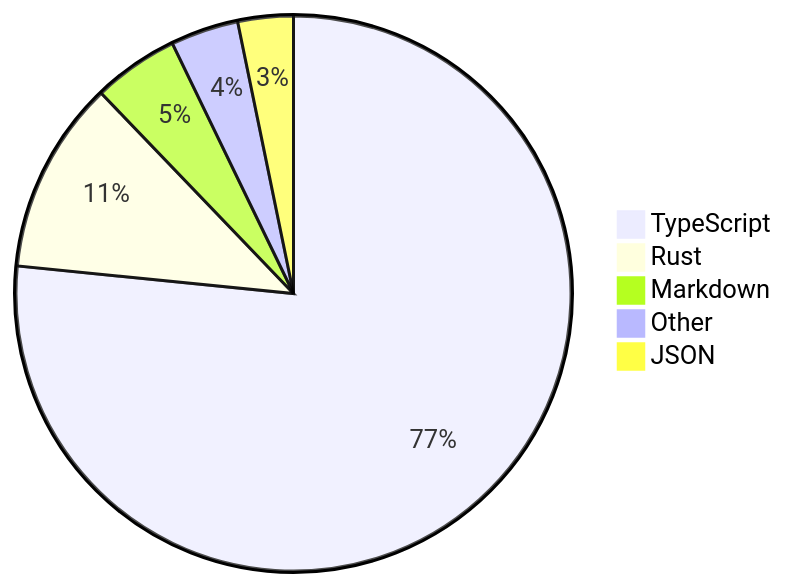
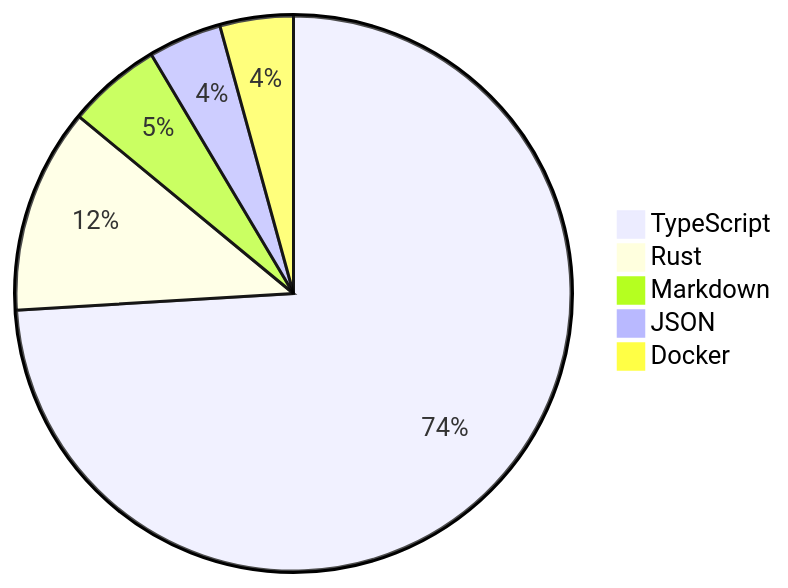
One commit to skvggor/skvggor changed the diagram in README.md. Above: the diagram before and after it, drawn with Mermaid.

Commit message:
Updated waka-readme graph with new metrics

````diff
--- a/README.md
+++ b/README.md
@@ -28,8 +28,8 @@
 ```mermaid
 pie
-    "TypeScript" : 73.6
-    "Rust" : 10.8
-    "Markdown" : 4.8
-    "Other" : 3.8
-    "JSON" : 3.1
+    "TypeScript" : 67.6
+    "Rust" : 10.9
+    "Markdown" : 5.0
+    "JSON" : 3.9
+    "Docker" : 3.9
 ```
````
